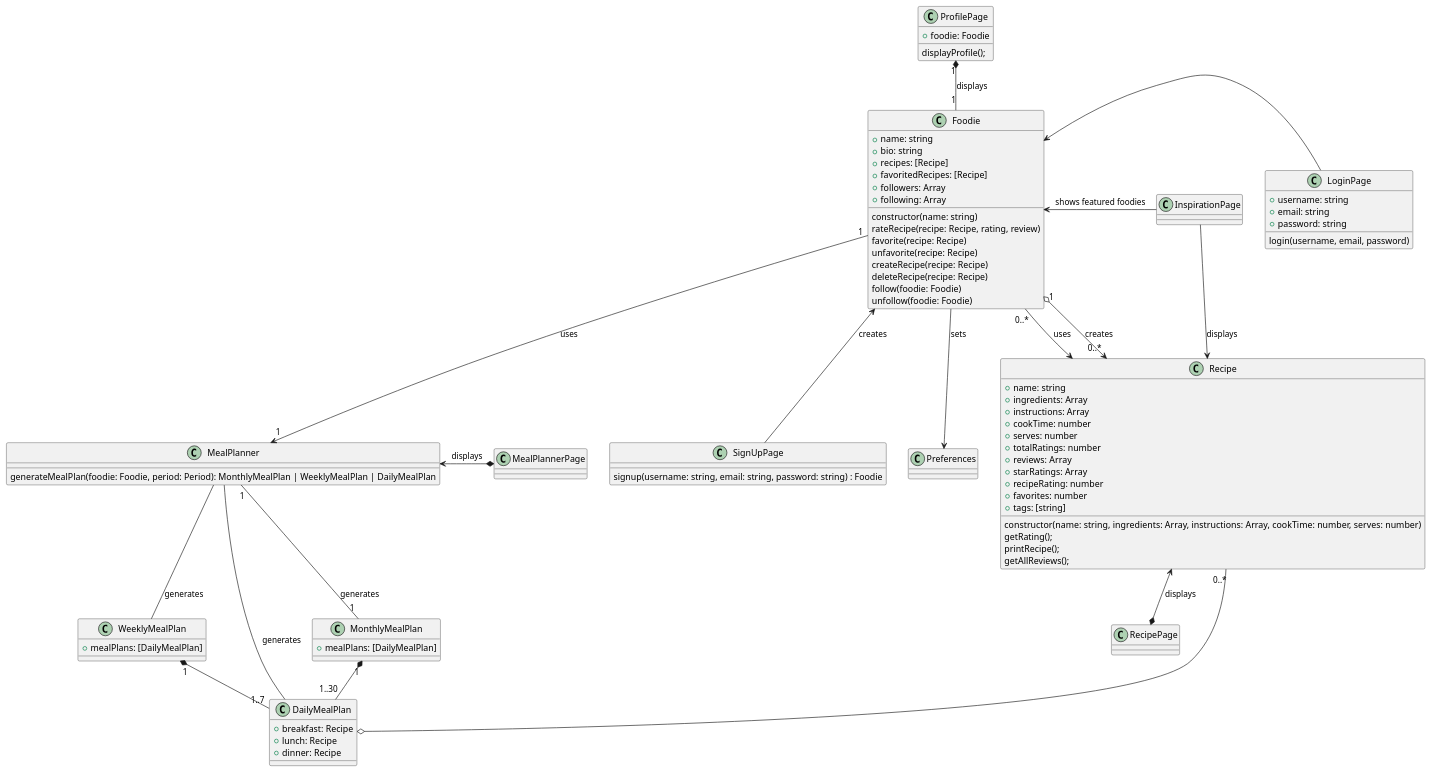
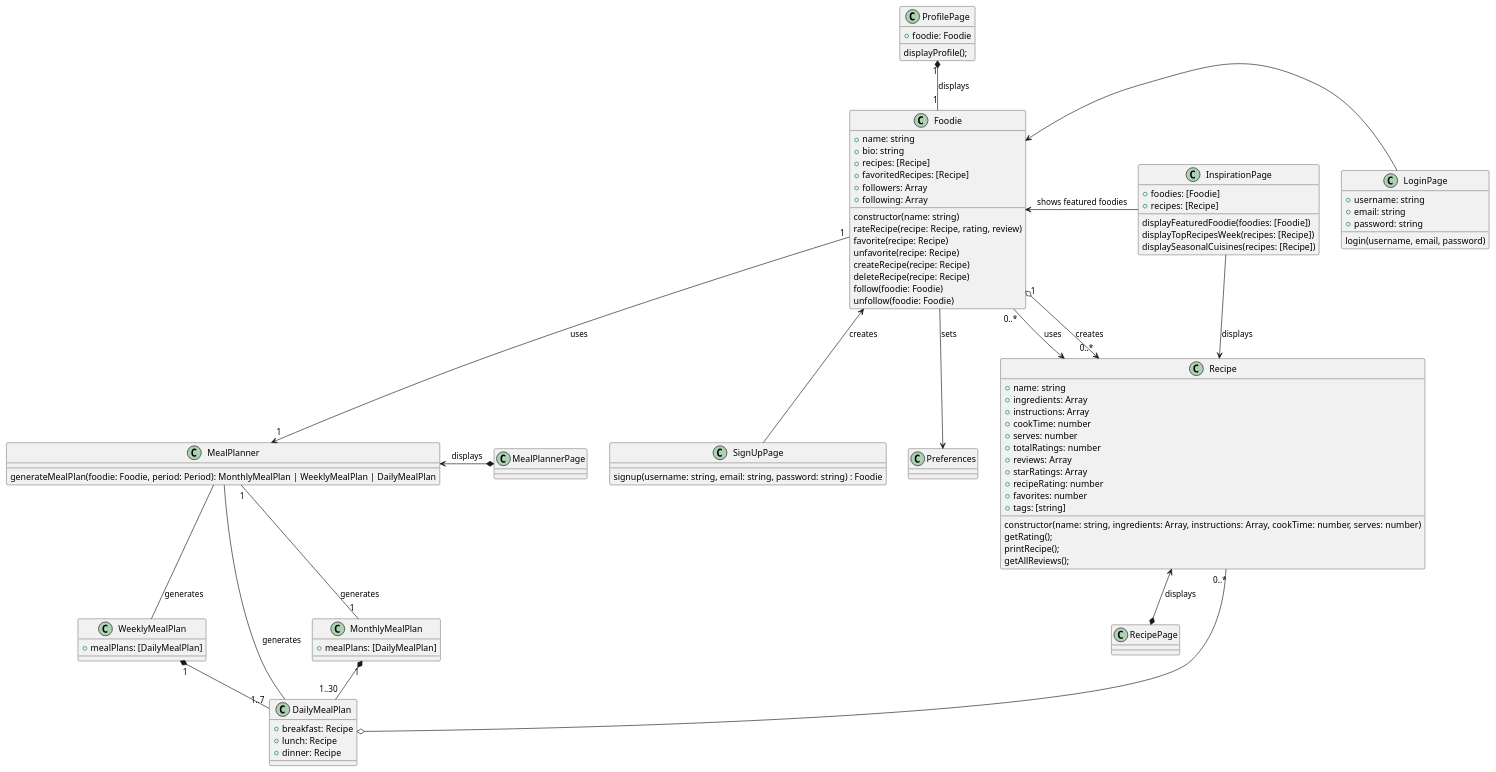
One commit to balibee/voodie changed the diagram in architecture/class.puml. Above: the diagram before and after it, drawn with PlantUML.

Commit message:
Add InspirationPage to UML

```diff
--- a/architecture/class.puml
+++ b/architecture/class.puml
@@ -1,107 +1,114 @@
 @startuml Voodie Class Diagram
 
 class Foodie {
 
     +name: string
     +bio: string
     +recipes: [Recipe]
     +favoritedRecipes: [Recipe]
     +followers: Array
     +following: Array
 
     constructor(name: string)
     rateRecipe(recipe: Recipe, rating, review)
     favorite(recipe: Recipe)
     unfavorite(recipe: Recipe)
     createRecipe(recipe: Recipe)
     deleteRecipe(recipe: Recipe)
     follow(foodie: Foodie)
     unfollow(foodie: Foodie)
 }
 
 class Recipe {
     +name: string
     +ingredients: Array
     +instructions: Array
     +cookTime: number
     +serves: number
     +totalRatings: number
     +reviews: Array
     +starRatings: Array
     +recipeRating: number
     +favorites: number
     +tags: [string]
 
     constructor(name: string, ingredients: Array, instructions: Array, cookTime: number, serves: number)
     getRating();
     printRecipe();
     getAllReviews();
 }
 
 class MealPlannerPage {
 
 }
 
 class MealPlanner {
     generateMealPlan(foodie: Foodie, period: Period): MonthlyMealPlan | WeeklyMealPlan | DailyMealPlan
 }
 
 class MonthlyMealPlan {
     +mealPlans: [DailyMealPlan]
 }
 
 class WeeklyMealPlan {
     +mealPlans: [DailyMealPlan]
 }
 
 class DailyMealPlan {
     +breakfast: Recipe
     +lunch: Recipe
     +dinner: Recipe
 }
 
+class InspirationPage {
+    +foodies: [Foodie]
+    +recipes: [Recipe]
 
+    displayFeaturedFoodie(foodies: [Foodie])
+    displayTopRecipesWeek(recipes: [Recipe])
+    displaySeasonalCuisines(recipes: [Recipe])
+}
 
 class LoginPage {
     +username: string
     +email: string
     +password: string
 
     login(username, email, password)
 }
 
 class SignUpPage {
 
     signup(username: string, email: string, password: string) : Foodie
 }
 
 class ProfilePage {
     +foodie: Foodie
 
     displayProfile();
 }
 
 ProfilePage "1" *-- "1" Foodie : displays
 
 Foodie <-right- LoginPage
 Foodie <-down- SignUpPage : creates
 Foodie "1" o-> "0..*" Recipe : creates
 Foodie "1" --> "1" MealPlanner : uses
 Foodie <- InspirationPage : shows featured foodies
 
 MealPlanner "1" -- "1" MonthlyMealPlan : generates
 MealPlanner -down- WeeklyMealPlan : generates
 MealPlanner - DailyMealPlan : generates
 MealPlanner <-right-* MealPlannerPage : displays
 
 MonthlyMealPlan "1" *-down- "1..30" DailyMealPlan
 WeeklyMealPlan "1" *-- "1..7" DailyMealPlan
 
 Recipe <-right- "0..*" Foodie : uses
 Recipe "0..*" -o DailyMealPlan
 Recipe <-down-* RecipePage : displays
 Recipe <-up- InspirationPage: displays
 
 Preferences <-up- Foodie : sets
 
 @enduml
```
